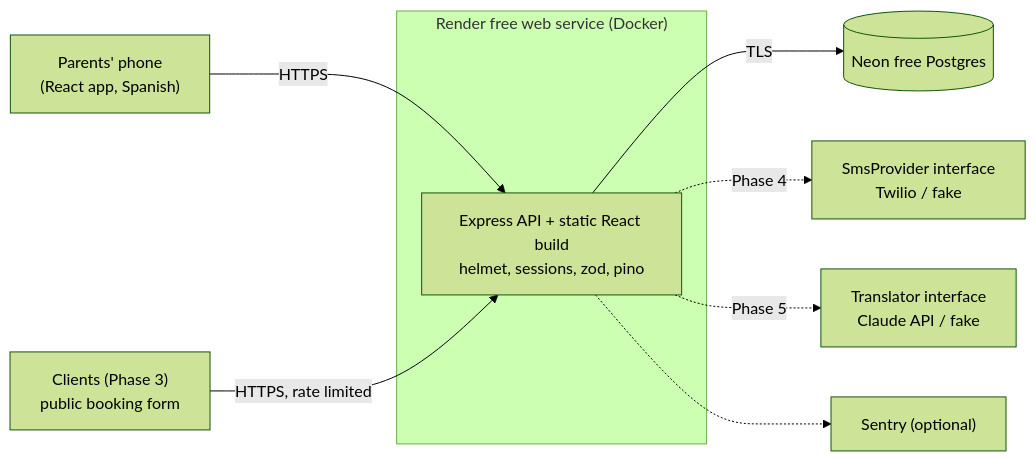
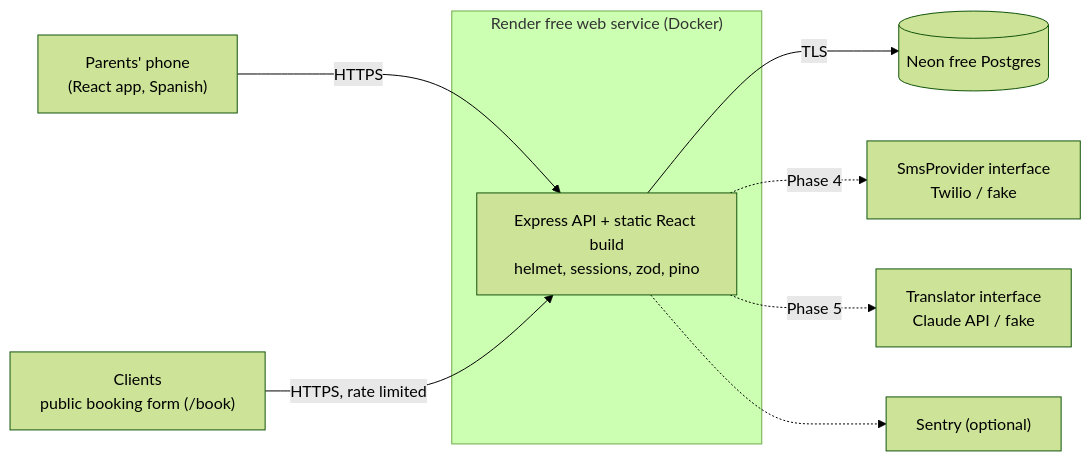
Before and after one commit to Barrientosgers/anyger-housekeeping: the first of 2 diagrams in docs/architecture.md, drawn with Mermaid (forest theme). The commit also changed other lines of this file and 20 other files, not shown here.

First line of the commit message:
Add public booking page and owner review screens

````diff
--- a/docs/architecture.md
+++ b/docs/architecture.md
@@ -7,12 +7,12 @@
 ```mermaid
 flowchart LR
   P["Parents' phone<br/>(React app, Spanish)"] -->|HTTPS| S
-  C["Clients (Phase 3)<br/>public booking form"] -->|HTTPS, rate limited| S
+  C["Clients<br/>public booking form (/book)"] -->|HTTPS, rate limited| S
   subgraph Render["Render free web service (Docker)"]
     S["Express API + static React build<br/>helmet, sessions, zod, pino"]
   end
   S -->|TLS| DB[("Neon free Postgres")]
   S -. "Phase 4" .-> SMS["SmsProvider interface<br/>Twilio / fake"]
   S -. "Phase 5" .-> TR["Translator interface<br/>Claude API / fake"]
   S -.-> SE["Sentry (optional)"]
 ```
````
